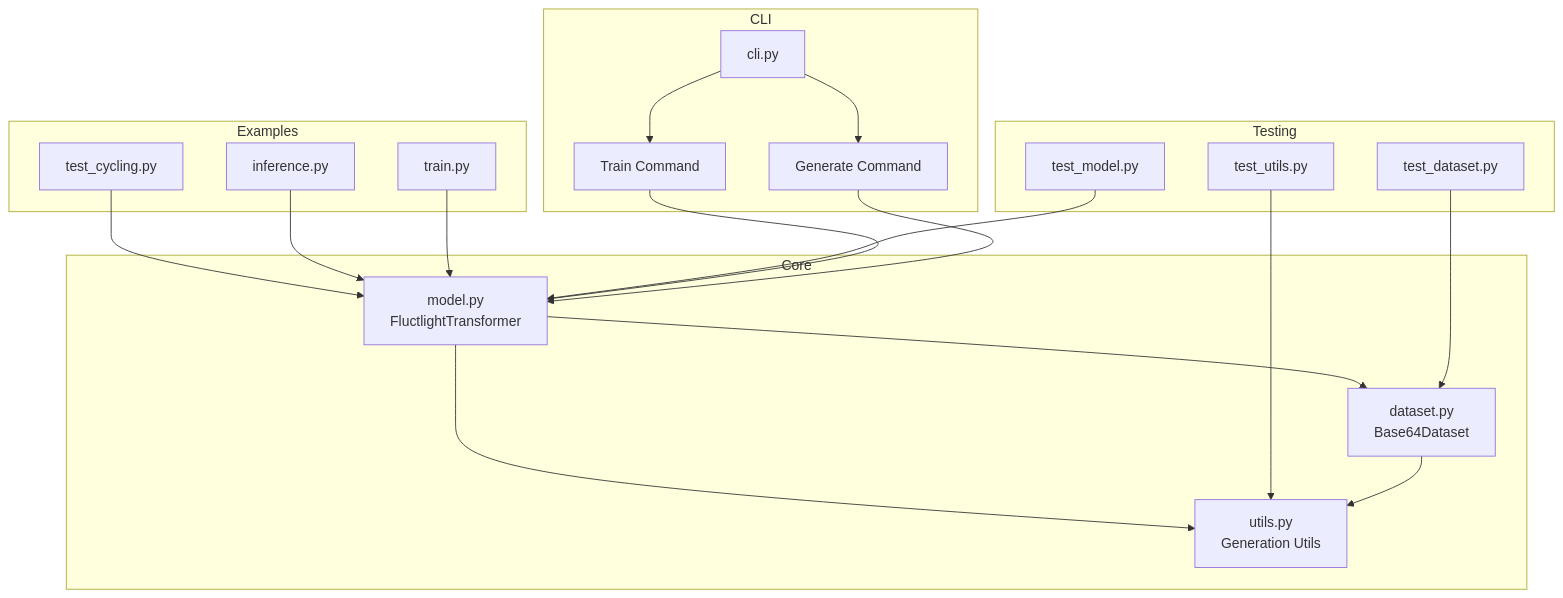
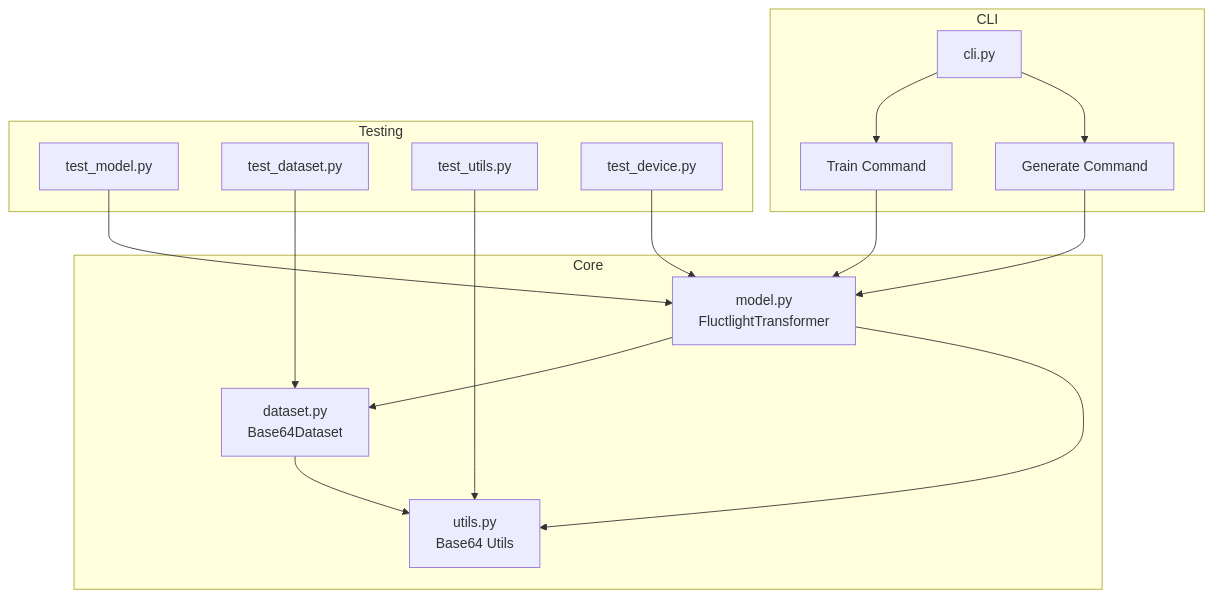
One commit to tcotten-scrypted/autonomous-virtual-beings changed the diagram in code/fl/docs/code_architecture.md. Above: the diagram before and after it, drawn with Mermaid. The commit also changed other lines of this file and 2 other files, not shown here.

Commit message:
docs: updated all architectural and design docs to reflect latest

````diff
--- a/code/fl/docs/code_architecture.md
+++ b/code/fl/docs/code_architecture.md
@@ -3,28 +3,23 @@
 ```mermaid
 graph TD
     subgraph CLI
         cli[cli.py] --> train[Train Command]
         cli --> generate[Generate Command]
     end
 
     subgraph Core
         model[model.py<br/>FluctlightTransformer] --> dataset[dataset.py<br/>Base64Dataset]
-        model --> utils[utils.py<br/>Generation Utils]
-    end
-
-    subgraph Examples
-        test_cycling[test_cycling.py] --> model
-        inference[inference.py] --> model
-        train_example[train.py] --> model
+        model --> utils[utils.py<br/>Base64 Utils]
     end
 
     subgraph Testing
         test_model[test_model.py] --> model
         test_dataset[test_dataset.py] --> dataset
         test_utils[test_utils.py] --> utils
+        test_device[test_device.py] --> model
     end
 
     train --> model
     generate --> model
     dataset --> utils
 ```
````
